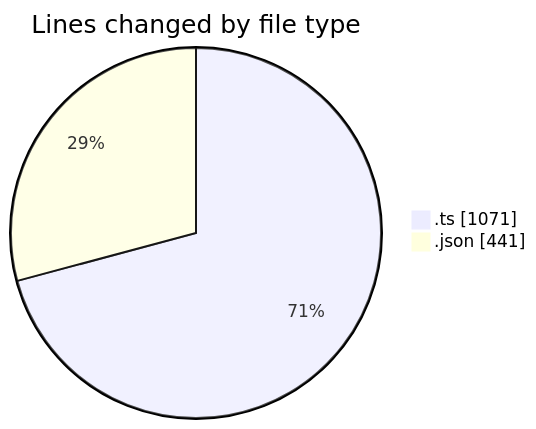
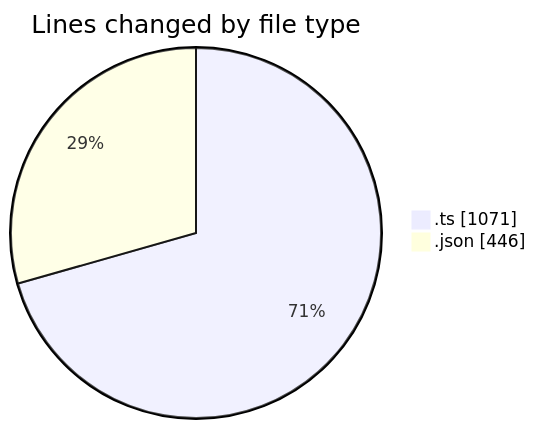
The first of 2 diagrams in 2025-10-22/cda/README.md (momahboobian/code-tracking), drawn with Mermaid before and after one commit. The commit also changed other lines of this file and 1 other file, not shown here.

````diff
--- a/2025-10-22/cda/README.md
+++ b/2025-10-22/cda/README.md
@@ -22,6 +22,6 @@
 ```mermaid
 pie showData
 title Lines changed by file type
 ".ts" : 1071
-".json" : 441
+".json" : 446
 ```
````
